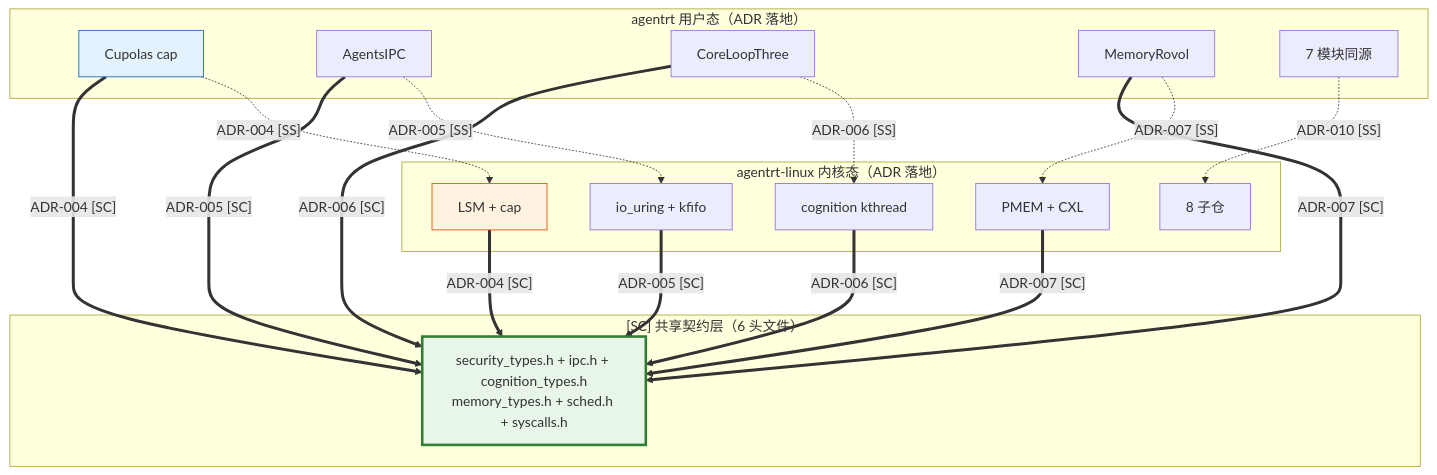
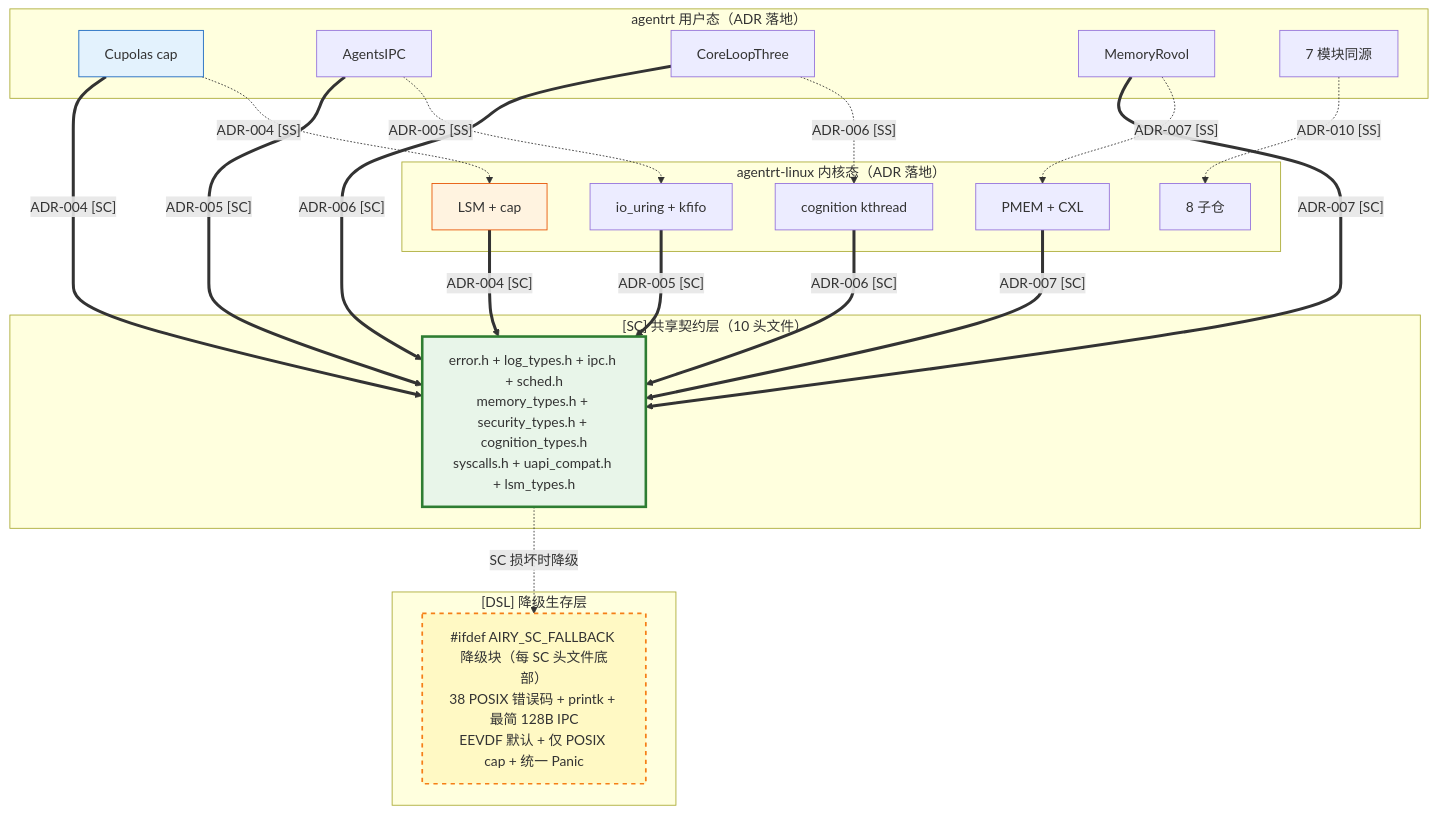
The first of 2 diagrams in AirymaxOS/10-architecture/05-adrs.md (openairymax/docs), drawn with Mermaid before and after one commit. The commit also changed other lines of this file and 71 other files, not shown here.

````diff
--- a/AirymaxOS/10-architecture/05-adrs.md
+++ b/AirymaxOS/10-architecture/05-adrs.md
@@ -1115,41 +1223,47 @@
 ```mermaid
 graph TB
     subgraph "agentrt 用户态（ADR 落地）"
         RT_004[Cupolas cap]
         RT_005[AgentsIPC]
         RT_006[CoreLoopThree]
         RT_007[MemoryRovol]
         RT_010[7 模块同源]
     end
 
     subgraph "agentrt-linux 内核态（ADR 落地）"
         OS_003[8 子仓]
         OS_004[LSM + cap]
         OS_005[io_uring + kfifo]
         OS_006[cognition kthread]
         OS_007[PMEM + CXL]
     end
 
-    subgraph "[SC] 共享契约层（6 头文件）"
-        SC[security_types.h + ipc.h + cognition_types.h<br/>memory_types.h + sched.h + syscalls.h]
+    subgraph "[SC] 共享契约层（10 头文件）"
+        SC[error.h + log_types.h + ipc.h + sched.h<br/>memory_types.h + security_types.h + cognition_types.h<br/>syscalls.h + uapi_compat.h + lsm_types.h]
+    end
+
+    subgraph "[DSL] 降级生存层"
+        DSL["#ifdef AIRY_SC_FALLBACK 降级块（每 SC 头文件底部）<br/>38 POSIX 错误码 + printk + 最简 128B IPC<br/>EEVDF 默认 + 仅 POSIX cap + 统一 Panic"]
     end
 
     RT_004 -.->|"ADR-004 [SS]"| OS_004
     RT_005 -.->|"ADR-005 [SS]"| OS_005
     RT_006 -.->|"ADR-006 [SS]"| OS_006
     RT_007 -.->|"ADR-007 [SS]"| OS_007
     RT_010 -.->|"ADR-010 [SS]"| OS_003
 
     RT_004 ==>|"ADR-004 [SC]"| SC
     RT_005 ==>|"ADR-005 [SC]"| SC
     RT_006 ==>|"ADR-006 [SC]"| SC
     RT_007 ==>|"ADR-007 [SC]"| SC
     OS_004 ==>|"ADR-004 [SC]"| SC
     OS_005 ==>|"ADR-005 [SC]"| SC
     OS_006 ==>|"ADR-006 [SC]"| SC
     OS_007 ==>|"ADR-007 [SC]"| SC
+    SC -.->|"SC 损坏时降级"| DSL
 
     style SC fill:#e8f5e9,stroke:#2e7d32,stroke-width:3px
+    style DSL fill:#fff9c4,stroke:#f57f17,stroke-width:2px,stroke-dasharray: 5 5
     style RT_004 fill:#e3f2fd,stroke:#1565c0
     style OS_004 fill:#fff3e0,stroke:#e65100
 ```
````
